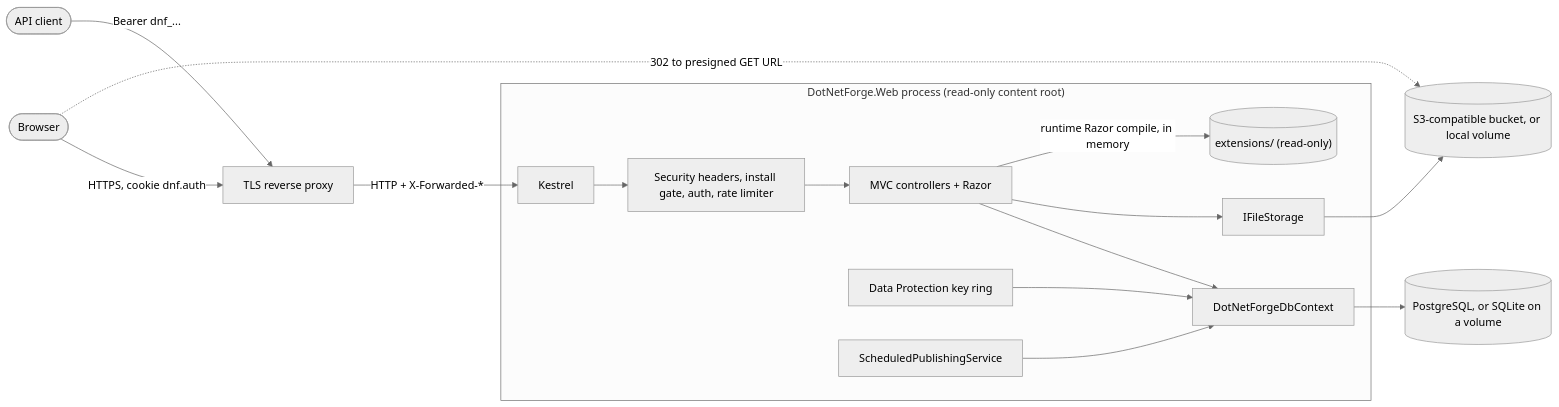
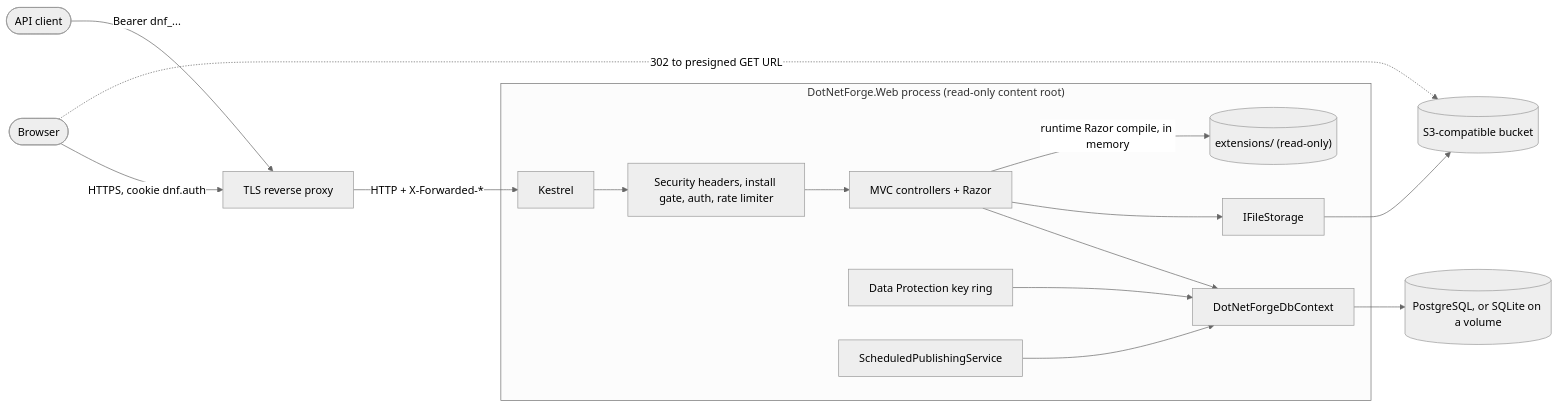
The second of 2 diagrams in .docs/architecture/codebase.md (Albadit/DotNetForge), drawn with Mermaid (neutral theme) before and after one commit. The commit also changed other lines of this file and 16 other files, not shown here.

````diff
--- a/.docs/architecture/codebase.md
+++ b/.docs/architecture/codebase.md
@@ -556,18 +556,18 @@
 ```mermaid
 flowchart LR
     Browser([Browser]) -- "HTTPS, cookie dnf.auth" --> Proxy["TLS reverse proxy"]
     Client([API client]) -- "Bearer dnf_..." --> Proxy
     Proxy -- "HTTP + X-Forwarded-*" --> Kestrel
     subgraph Process["DotNetForge.Web process (read-only content root)"]
         Kestrel --> Pipeline["Security headers, install gate, auth, rate limiter"]
         Pipeline --> MVC["MVC controllers + Razor"]
         MVC --> Ctx["DotNetForgeDbContext"]
         MVC --> Store["IFileStorage"]
         DP["Data Protection key ring"] --> Ctx
         Job["ScheduledPublishingService"] --> Ctx
         MVC -- "runtime Razor compile, in memory" --> ExtFiles[("extensions/ (read-only)")]
     end
     Ctx --> DB[("PostgreSQL, or SQLite on a volume")]
-    Store --> Obj[("S3-compatible bucket, or local volume")]
+    Store --> Obj[("S3-compatible bucket")]
     Browser -. "302 to presigned GET URL" .-> Obj
 ```
````
